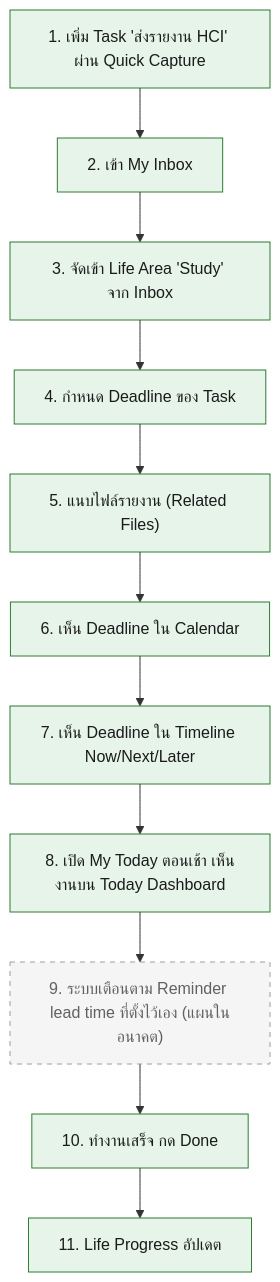
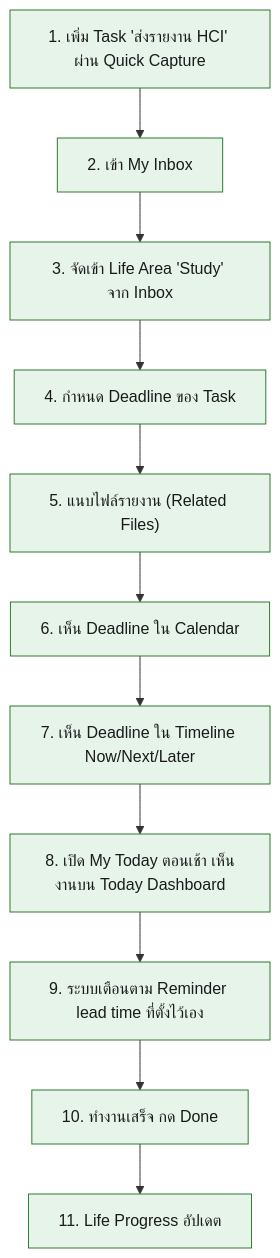
One commit to sirikorn-cmru/My-Today-Project changed the diagram in .docs/02-design/01-prototypes/user-journey-student.md. Above: the diagram before and after it, drawn with Mermaid. The commit also changed other lines of this file and 8 other files, not shown here.

````diff
--- a/.docs/02-design/01-prototypes/user-journey-student.md
+++ b/.docs/02-design/01-prototypes/user-journey-student.md
@@ -17,19 +17,19 @@
 ```mermaid
 flowchart TD
     A1["1. เพิ่ม Task 'ส่งรายงาน HCI' ผ่าน Quick Capture"]:::done
     A2["2. เข้า My Inbox"]:::done
     A3["3. จัดเข้า Life Area 'Study' จาก Inbox"]:::done
     A4["4. กำหนด Deadline ของ Task"]:::done
     A5["5. แนบไฟล์รายงาน (Related Files)"]:::done
     A6["6. เห็น Deadline ใน Calendar"]:::done
     A7["7. เห็น Deadline ใน Timeline Now/Next/Later"]:::done
     A8["8. เปิด My Today ตอนเช้า เห็นงานบน Today Dashboard"]:::done
-    A9["9. ระบบเตือนตาม Reminder lead time ที่ตั้งไว้เอง (แผนในอนาคต)"]:::planned
+    A9["9. ระบบเตือนตาม Reminder lead time ที่ตั้งไว้เอง"]:::done
     A10["10. ทำงานเสร็จ กด Done"]:::done
     A11["11. Life Progress อัปเดต"]:::done
 
     A1 --> A2 --> A3 --> A4 --> A5 --> A6 --> A7 --> A8 --> A9 --> A10 --> A11
 
     classDef done fill:#e6f4ea,stroke:#2e7d32,stroke-width:1px,color:#1b1b1b;
     classDef planned fill:#f5f5f5,stroke:#9e9e9e,stroke-width:1px,stroke-dasharray:5 5,color:#616161;
 ```
````
